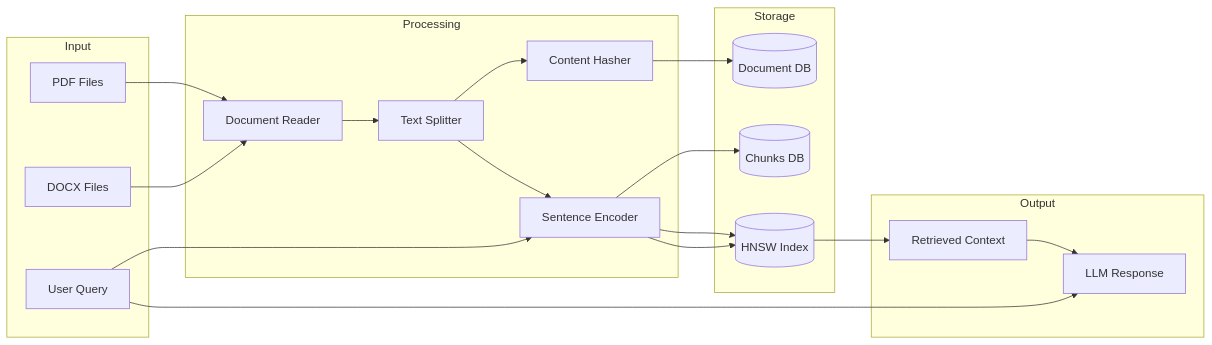
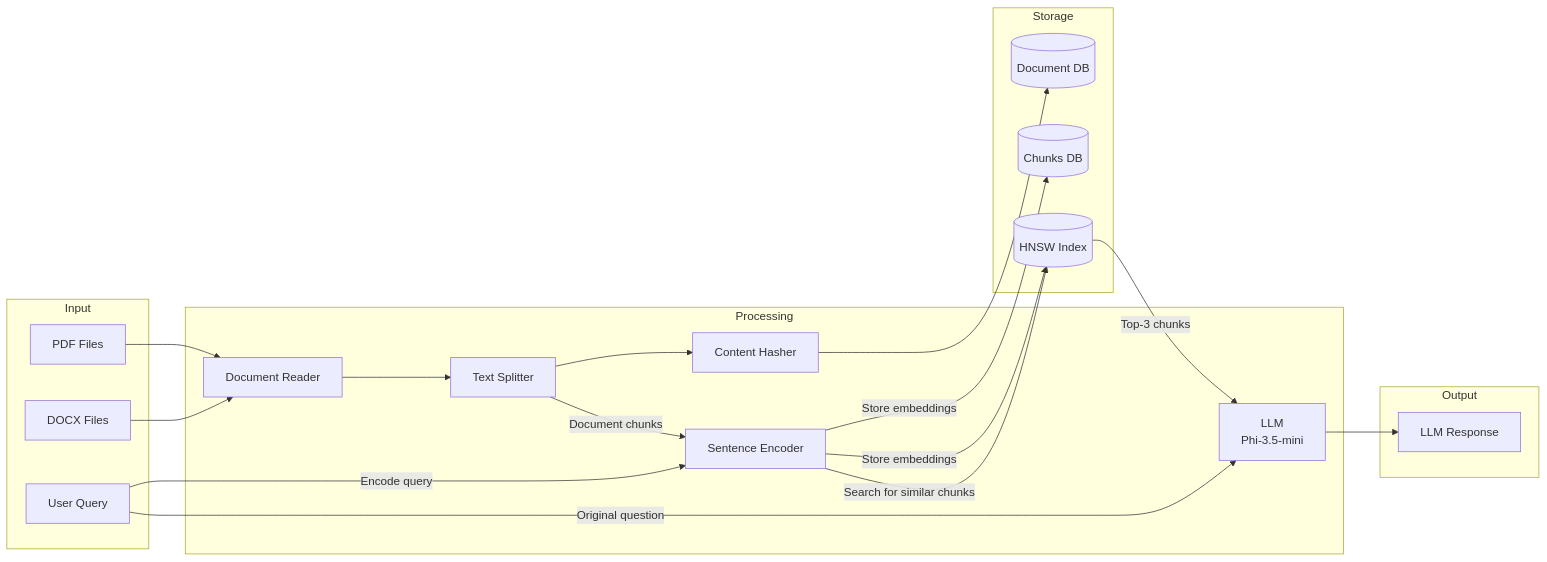
The fifth of 5 diagrams in app/architecture-diagrams.md (bismansahni/Qualcomm-ondevice-rag), drawn with Mermaid before and after one commit.

Commit message:
updated arch diagram

````diff
--- a/app/architecture-diagrams.md
+++ b/app/architecture-diagrams.md
@@ -229,41 +229,41 @@
 ```mermaid
 flowchart LR
     subgraph Input
         PDF[PDF Files]
         DOCX[DOCX Files]
         Query[User Query]
     end
 
     subgraph Processing
         Reader[Document Reader]
         Splitter[Text Splitter]
         Hasher[Content Hasher]
         Encoder[Sentence Encoder]
+        LLM[LLM<br/>Phi-3.5-mini]
     end
 
     subgraph Storage
         DocDB[(Document DB)]
         ChunkDB[(Chunks DB)]
         VectorIndex[(HNSW Index)]
     end
 
     subgraph Output
-        Context[Retrieved Context]
         Response[LLM Response]
     end
 
     PDF --> Reader
     DOCX --> Reader
     Reader --> Splitter
     Splitter --> Hasher
-    Splitter --> Encoder
+    Splitter -->|Document chunks| Encoder
     Hasher --> DocDB
-    Encoder --> VectorIndex
-    Encoder --> ChunkDB
+    Encoder -->|Store embeddings| VectorIndex
+    Encoder -->|Store embeddings| ChunkDB
 
-    Query --> Encoder
-    Encoder --> VectorIndex
-    VectorIndex --> Context
-    Context --> Response
-    Query --> Response
+    Query -->|Encode query| Encoder
+    Encoder -->|Search for similar chunks| VectorIndex
+    VectorIndex -->|Top-3 chunks| LLM
+    Query -->|Original question| LLM
+    LLM --> Response
 ```
````
